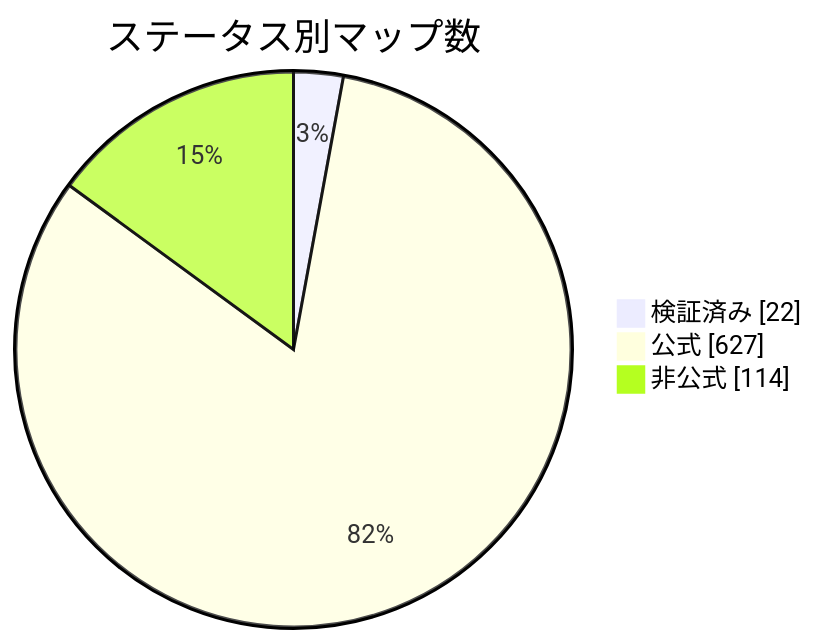
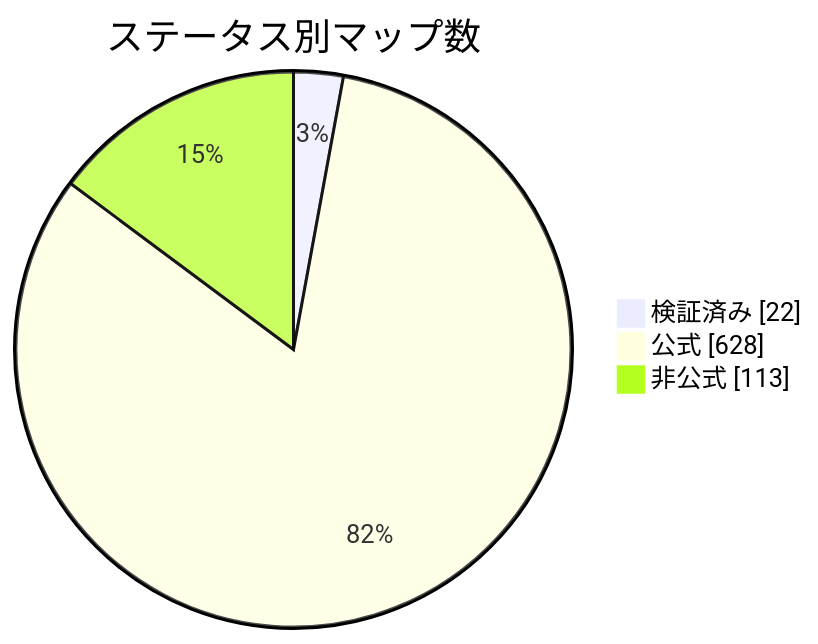
Before and after one commit to nobrega8/mbmap-library: the diagram in docs/readme/README_JP.md, drawn with Mermaid. The commit also changed 6 other files, not shown here.

````diff
--- a/docs/readme/README_JP.md
+++ b/docs/readme/README_JP.md
@@ -54,7 +54,7 @@
 ```mermaid
 pie showData
     title ステータス別マップ数
     "検証済み" : 22
-    "公式" : 627
-    "非公式" : 114
+    "公式" : 628
+    "非公式" : 113
 ```
````
